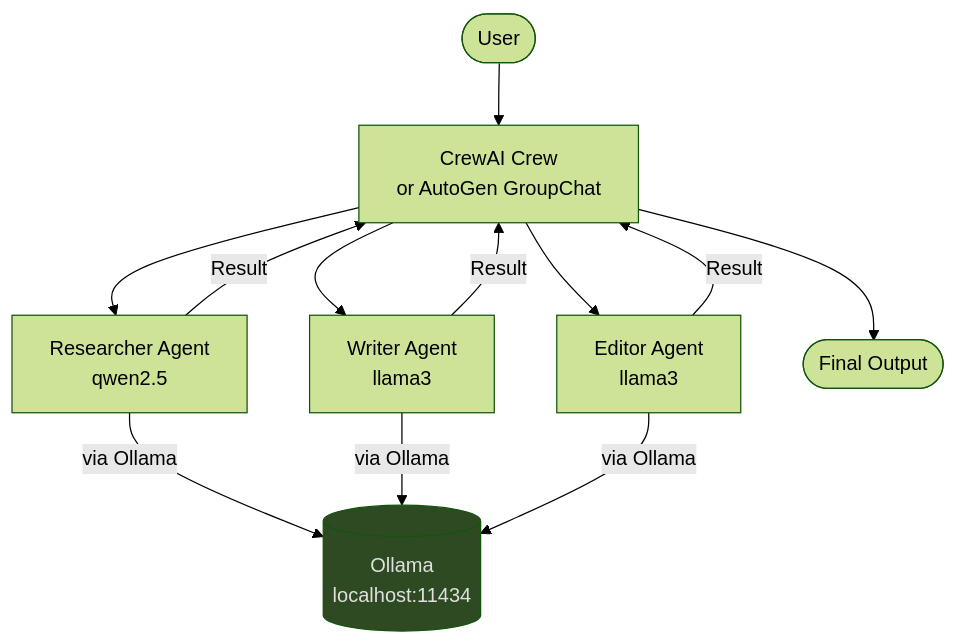
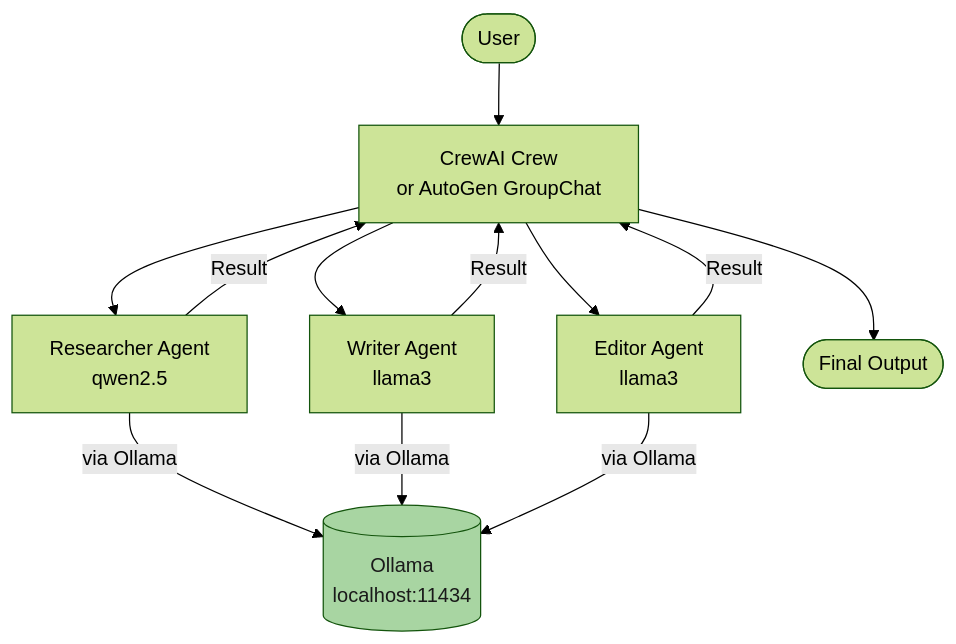
One commit to jylhakos/InternetOfThings changed the eighth of 11 diagrams in Computing/AGENTS/README.md. Above: the diagram before and after it, drawn with Mermaid (forest theme). The commit also changed other lines of this file, not shown here.

````diff
--- a/Computing/AGENTS/README.md
+++ b/Computing/AGENTS/README.md
@@ -1147,14 +1147,14 @@
 ```mermaid
 flowchart TD
     U([User]) --> CREW[CrewAI Crew\nor AutoGen GroupChat]
     CREW --> RA[Researcher Agent\nqwen2.5]
     CREW --> WA[Writer Agent\nllama3]
     CREW --> EA[Editor Agent\nllama3]
     RA & WA & EA -->|via Ollama| OLL[(Ollama\nlocalhost:11434)]
     RA -->|Result| CREW
     WA -->|Result| CREW
     EA -->|Result| CREW
     CREW --> OUT([Final Output])
 
-    style OLL fill:#2d4a22,color:#e0e0e0
+    style OLL fill:#a8d5a2,color:#1a1a1a
 ```
````
